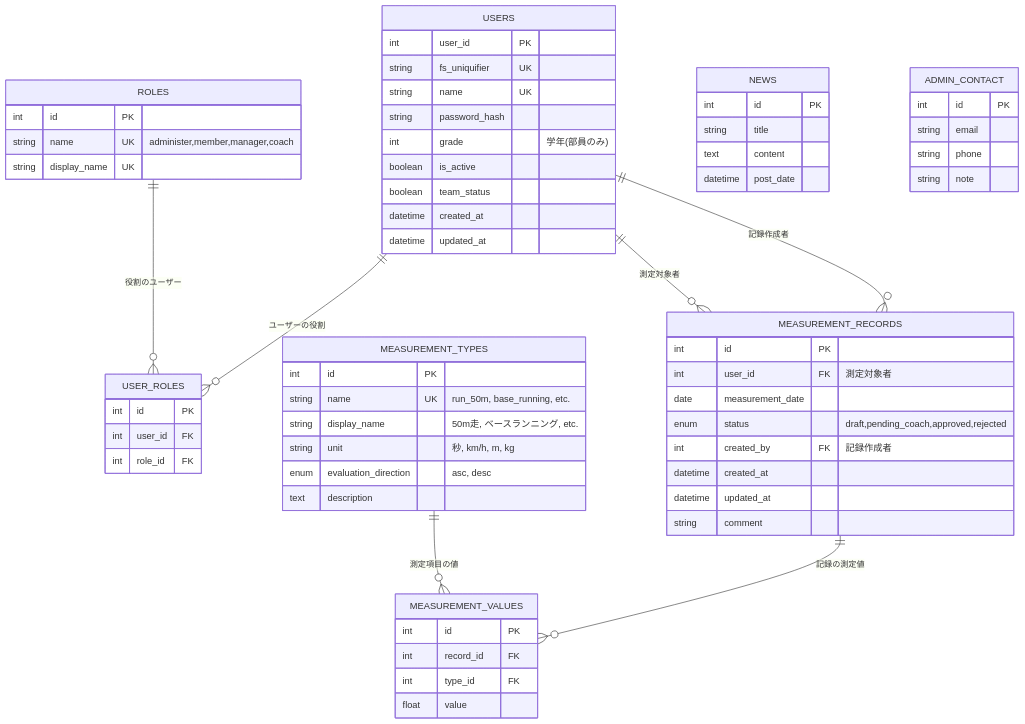
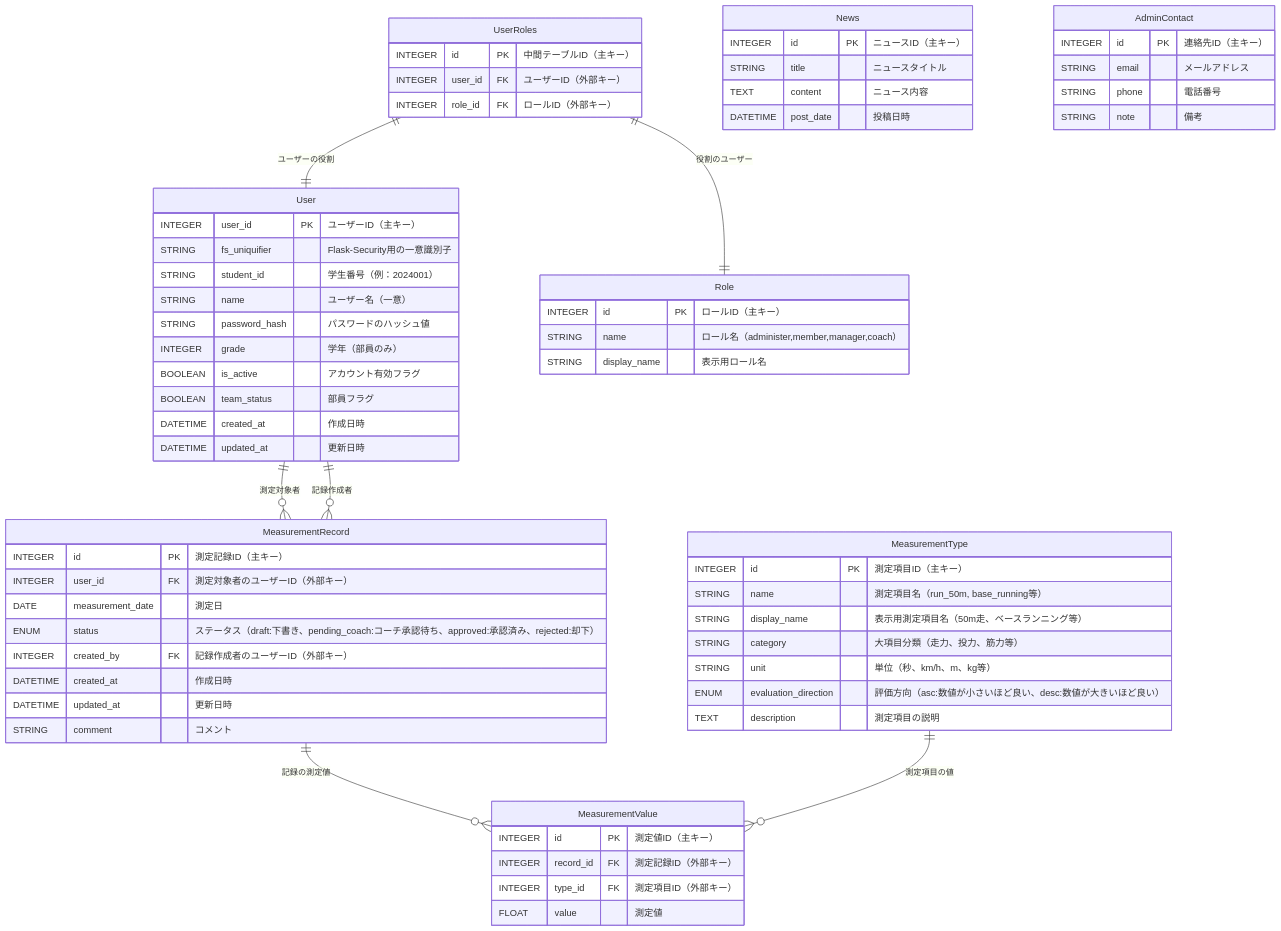
One commit to cosmos21737/webapp changed the diagram in ER.md. Above: the diagram before and after it, drawn with Mermaid. The commit also changed 15 other files, not shown here.

````diff
--- a/ER.md
+++ b/ER.md
@@ -1,85 +1,85 @@
 ```mermaid
 erDiagram
-    %% ロール管理
-    ROLES {
-        int id PK
-        string name UK "administer,member,manager,coach"
-        string display_name UK
-    }
-
-    %% ユーザーロールの中間テーブル
-    USER_ROLES {
-        int id PK
-        int user_id FK
-        int role_id FK
-    }
-
-    %% ユーザー管理
-    USERS {
-        int user_id PK
-        string fs_uniquifier UK
-        string name UK
-        string password_hash
-        int grade "学年(部員のみ)"
-        boolean is_active
-        boolean team_status
-        datetime created_at
-        datetime updated_at
-    }
-
-    %% 測定項目管理
-    MEASUREMENT_TYPES {
-        int id PK
-        string name UK "run_50m, base_running, etc."
-        string display_name "50m走, ベースランニング, etc."
-        string unit "秒, km/h, m, kg"
-        enum evaluation_direction "asc, desc"
-        text description
-    }
-
-    %% 測定記録
-    MEASUREMENT_RECORDS {
-        int id PK
-        int user_id FK "測定対象者"
-        date measurement_date
-        enum status "draft,pending_coach,approved,rejected"
-        int created_by FK "記録作成者"
-        datetime created_at
-        datetime updated_at
-        string comment
-    }
-
-    %% 測定値
-    MEASUREMENT_VALUES {
-        int id PK
-        int record_id FK
-        int type_id FK
-        float value
-    }
-
-    %% ニュース
-    NEWS {
-        int id PK
-        string title
-        text content
-        datetime post_date
-    }
-
-    %% 管理者連絡先
-    ADMIN_CONTACT {
-        int id PK
-        string email
-        string phone
-        string note
-    }
-
-    %% リレーションシップ
-    USERS ||--o{ USER_ROLES : "ユーザーの役割"
-    ROLES ||--o{ USER_ROLES : "役割のユーザー"
-    
-    USERS ||--o{ MEASUREMENT_RECORDS : "測定対象者"
-    USERS ||--o{ MEASUREMENT_RECORDS : "記録作成者"
-    
-    MEASUREMENT_RECORDS ||--o{ MEASUREMENT_VALUES : "記録の測定値"
-    MEASUREMENT_TYPES ||--o{ MEASUREMENT_VALUES : "測定項目の値"
+  %% ユーザー管理テーブル
+  User {
+    INTEGER user_id PK "ユーザーID（主キー）"
+    STRING fs_uniquifier "Flask-Security用の一意識別子"
+    STRING student_id "学生番号（例：2024001）"
+    STRING name "ユーザー名（一意）"
+    STRING password_hash "パスワードのハッシュ値"
+    INTEGER grade "学年（部員のみ）"
+    BOOLEAN is_active "アカウント有効フラグ"
+    BOOLEAN team_status "部員フラグ"
+    DATETIME created_at "作成日時"
+    DATETIME updated_at "更新日時"
+  }
+  
+  %% ロール管理テーブル
+  Role {
+    INTEGER id PK "ロールID（主キー）"
+    STRING name "ロール名（administer,member,manager,coach）"
+    STRING display_name "表示用ロール名"
+  }
+  
+  %% ユーザーロールの中間テーブル（多対多）
+  UserRoles {
+    INTEGER id PK "中間テーブルID（主キー）"
+    INTEGER user_id FK "ユーザーID（外部キー）"
+    INTEGER role_id FK "ロールID（外部キー）"
+  }
+  
+  %% 測定項目管理テーブル
+  MeasurementType {
+    INTEGER id PK "測定項目ID（主キー）"
+    STRING name "測定項目名（run_50m, base_running等）"
+    STRING display_name "表示用測定項目名（50m走、ベースランニング等）"
+    STRING category "大項目分類（走力、投力、筋力等）"
+    STRING unit "単位（秒、km/h、m、kg等）"
+    ENUM evaluation_direction "評価方向（asc:数値が小さいほど良い、desc:数値が大きいほど良い）"
+    TEXT description "測定項目の説明"
+  }
+  
+  %% 測定記録テーブル
+  MeasurementRecord {
+    INTEGER id PK "測定記録ID（主キー）"
+    INTEGER user_id FK "測定対象者のユーザーID（外部キー）"
+    DATE measurement_date "測定日"
+    ENUM status "ステータス（draft:下書き、pending_coach:コーチ承認待ち、approved:承認済み、rejected:却下）"
+    INTEGER created_by FK "記録作成者のユーザーID（外部キー）"
+    DATETIME created_at "作成日時"
+    DATETIME updated_at "更新日時"
+    STRING comment "コメント"
+  }
+  
+  %% 測定値テーブル
+  MeasurementValue {
+    INTEGER id PK "測定値ID（主キー）"
+    INTEGER record_id FK "測定記録ID（外部キー）"
+    INTEGER type_id FK "測定項目ID（外部キー）"
+    FLOAT value "測定値"
+  }
+  
+  %% ニュース管理テーブル
+  News {
+    INTEGER id PK "ニュースID（主キー）"
+    STRING title "ニュースタイトル"
+    TEXT content "ニュース内容"
+    DATETIME post_date "投稿日時"
+  }
+  
+  %% 管理者連絡先テーブル
+  AdminContact {
+    INTEGER id PK "連絡先ID（主キー）"
+    STRING email "メールアドレス"
+    STRING phone "電話番号"
+    STRING note "備考"
+  }
+  
+  %% リレーションシップ
+  UserRoles ||--|| User : "ユーザーの役割"
+  UserRoles ||--|| Role : "役割のユーザー"
+  User ||--o{ MeasurementRecord : "測定対象者"
+  User ||--o{ MeasurementRecord : "記録作成者"
+  MeasurementRecord ||--o{ MeasurementValue : "記録の測定値"
+  MeasurementType ||--o{ MeasurementValue : "測定項目の値"
 ```
````
